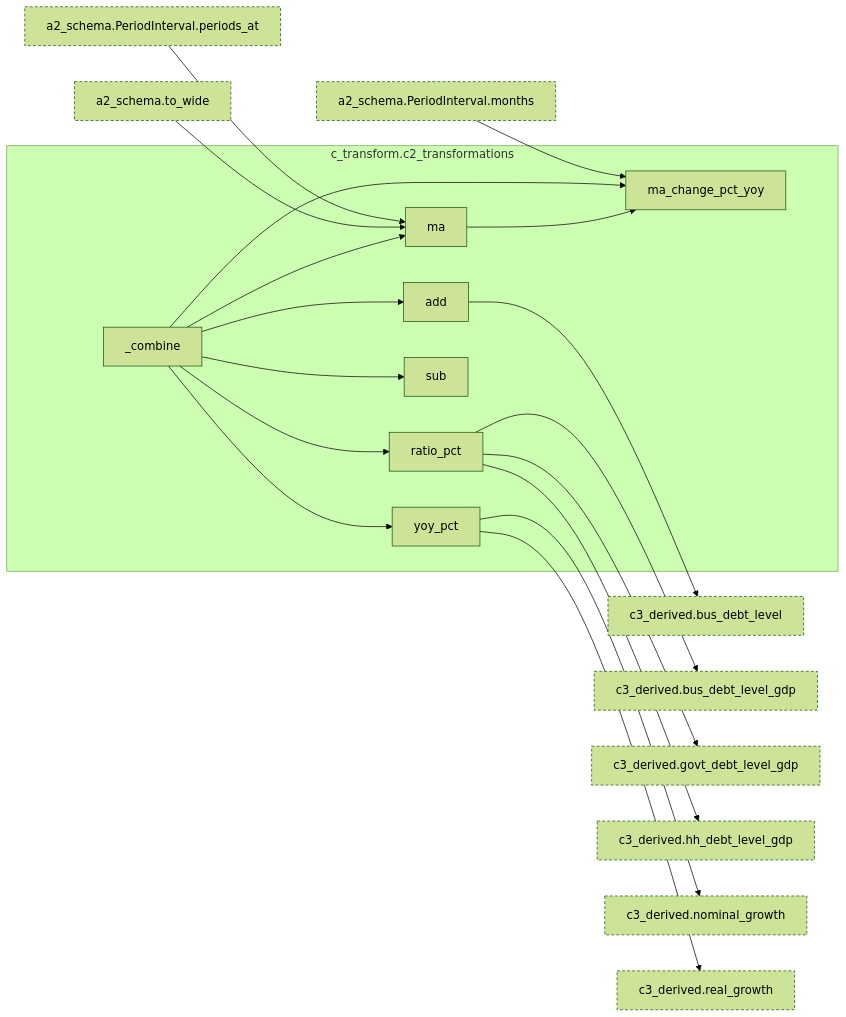
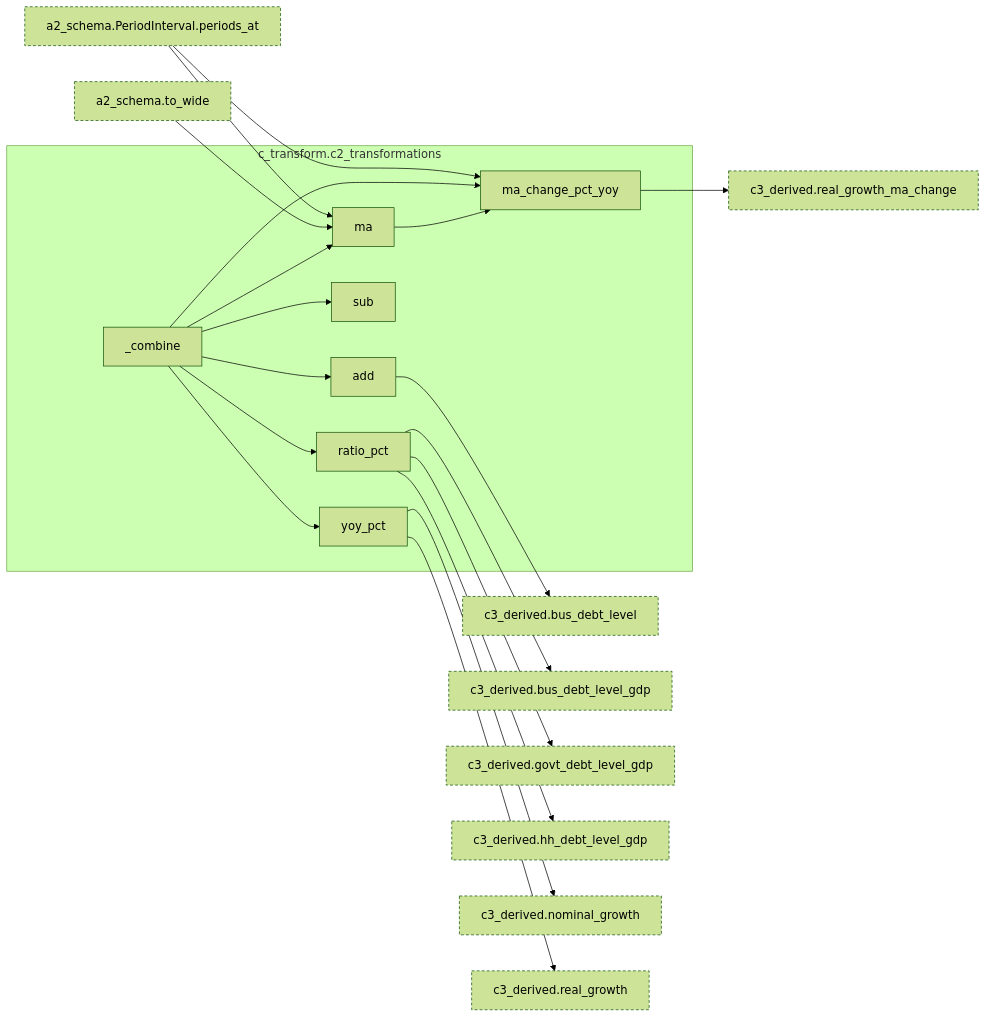
Before and after one commit to bsawyerg15/MacroScan: diagram 12 of 15 in docs/architecture.md, drawn with Mermaid (forest theme). The commit also changed other lines of this file and 11 other files, not shown here.

````diff
--- a/docs/architecture.md
+++ b/docs/architecture.md
@@ -947,54 +965,55 @@
 ```mermaid
 flowchart LR
   subgraph this["c_transform.c2_transformations"]
     n_c_transform_c2_transformations__combine["_combine"]
     n_c_transform_c2_transformations_add["add"]
     n_c_transform_c2_transformations_ma["ma"]
     n_c_transform_c2_transformations_ma_change_pct_yoy["ma_change_pct_yoy"]
     n_c_transform_c2_transformations_ratio_pct["ratio_pct"]
     n_c_transform_c2_transformations_sub["sub"]
     n_c_transform_c2_transformations_yoy_pct["yoy_pct"]
   end
-  n_a_core_a2_schema_PeriodInterval_months["a2_schema.PeriodInterval.months"]:::ext
   n_a_core_a2_schema_PeriodInterval_periods_at["a2_schema.PeriodInterval.periods_at"]:::ext
   n_a_core_a2_schema_to_wide["a2_schema.to_wide"]:::ext
   n_c_transform_c3_derived_bus_debt_level["c3_derived.bus_debt_level"]:::ext
   n_c_transform_c3_derived_bus_debt_level_gdp["c3_derived.bus_debt_level_gdp"]:::ext
   n_c_transform_c3_derived_govt_debt_level_gdp["c3_derived.govt_debt_level_gdp"]:::ext
   n_c_transform_c3_derived_hh_debt_level_gdp["c3_derived.hh_debt_level_gdp"]:::ext
   n_c_transform_c3_derived_nominal_growth["c3_derived.nominal_growth"]:::ext
   n_c_transform_c3_derived_real_growth["c3_derived.real_growth"]:::ext
+  n_c_transform_c3_derived_real_growth_ma_change["c3_derived.real_growth_ma_change"]:::ext
   n_c_transform_c2_transformations__combine --> n_c_transform_c2_transformations_add
   n_a_core_a2_schema_PeriodInterval_periods_at --> n_c_transform_c2_transformations_ma
   n_a_core_a2_schema_to_wide --> n_c_transform_c2_transformations_ma
   n_c_transform_c2_transformations__combine --> n_c_transform_c2_transformations_ma
-  n_a_core_a2_schema_PeriodInterval_months --> n_c_transform_c2_transformations_ma_change_pct_yoy
+  n_a_core_a2_schema_PeriodInterval_periods_at --> n_c_transform_c2_transformations_ma_change_pct_yoy
   n_c_transform_c2_transformations__combine --> n_c_transform_c2_transformations_ma_change_pct_yoy
   n_c_transform_c2_transformations_ma --> n_c_transform_c2_transformations_ma_change_pct_yoy
   n_c_transform_c2_transformations__combine --> n_c_transform_c2_transformations_ratio_pct
   n_c_transform_c2_transformations__combine --> n_c_transform_c2_transformations_sub
   n_c_transform_c2_transformations__combine --> n_c_transform_c2_transformations_yoy_pct
   n_c_transform_c2_transformations_add --> n_c_transform_c3_derived_bus_debt_level
   n_c_transform_c2_transformations_ratio_pct --> n_c_transform_c3_derived_bus_debt_level_gdp
   n_c_transform_c2_transformations_ratio_pct --> n_c_transform_c3_derived_govt_debt_level_gdp
   n_c_transform_c2_transformations_ratio_pct --> n_c_transform_c3_derived_hh_debt_level_gdp
   n_c_transform_c2_transformations_yoy_pct --> n_c_transform_c3_derived_nominal_growth
   n_c_transform_c2_transformations_yoy_pct --> n_c_transform_c3_derived_real_growth
-  click n_a_core_a2_schema_PeriodInterval_months href "#fn-a_core-a2_schema-PeriodInterval.months"
+  n_c_transform_c2_transformations_ma_change_pct_yoy --> n_c_transform_c3_derived_real_growth_ma_change
   click n_a_core_a2_schema_PeriodInterval_periods_at href "#fn-a_core-a2_schema-PeriodInterval.periods_at"
   click n_a_core_a2_schema_to_wide href "#fn-a_core-a2_schema-to_wide"
   click n_c_transform_c2_transformations__combine href "#fn-c_transform-c2_transformations-_combine"
   click n_c_transform_c2_transformations_add href "#fn-c_transform-c2_transformations-add"
   click n_c_transform_c2_transformations_ma href "#fn-c_transform-c2_transformations-ma"
   click n_c_transform_c2_transformations_ma_change_pct_yoy href "#fn-c_transform-c2_transformations-ma_change_pct_yoy"
   click n_c_transform_c2_transformations_ratio_pct href "#fn-c_transform-c2_transformations-ratio_pct"
   click n_c_transform_c2_transformations_sub href "#fn-c_transform-c2_transformations-sub"
   click n_c_transform_c2_transformations_yoy_pct href "#fn-c_transform-c2_transformations-yoy_pct"
   click n_c_transform_c3_derived_bus_debt_level href "#fn-c_transform-c3_derived-bus_debt_level"
   click n_c_transform_c3_derived_bus_debt_level_gdp href "#fn-c_transform-c3_derived-bus_debt_level_gdp"
   click n_c_transform_c3_derived_govt_debt_level_gdp href "#fn-c_transform-c3_derived-govt_debt_level_gdp"
   click n_c_transform_c3_derived_hh_debt_level_gdp href "#fn-c_transform-c3_derived-hh_debt_level_gdp"
   click n_c_transform_c3_derived_nominal_growth href "#fn-c_transform-c3_derived-nominal_growth"
   click n_c_transform_c3_derived_real_growth href "#fn-c_transform-c3_derived-real_growth"
+  click n_c_transform_c3_derived_real_growth_ma_change href "#fn-c_transform-c3_derived-real_growth_ma_change"
   classDef ext stroke-dasharray: 4 3
 ```
````
